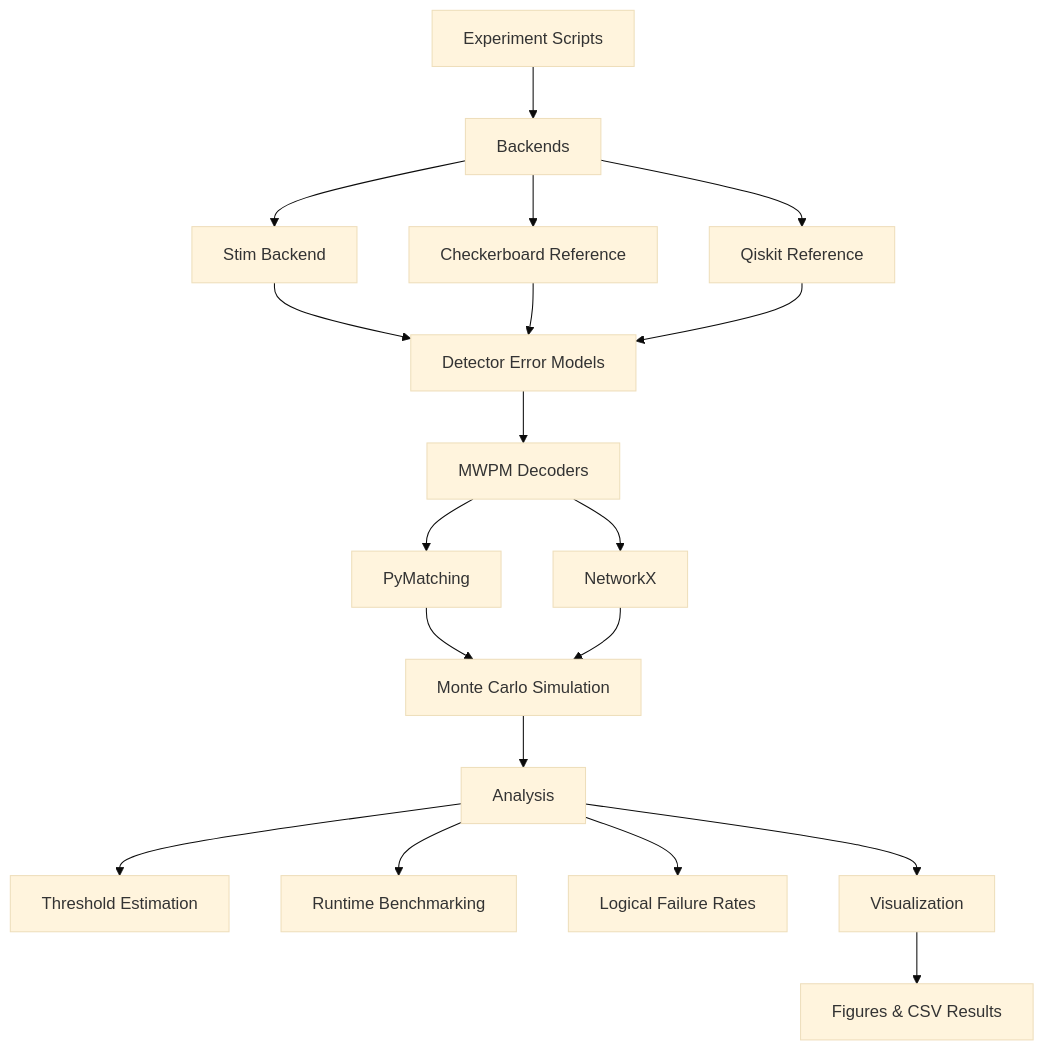
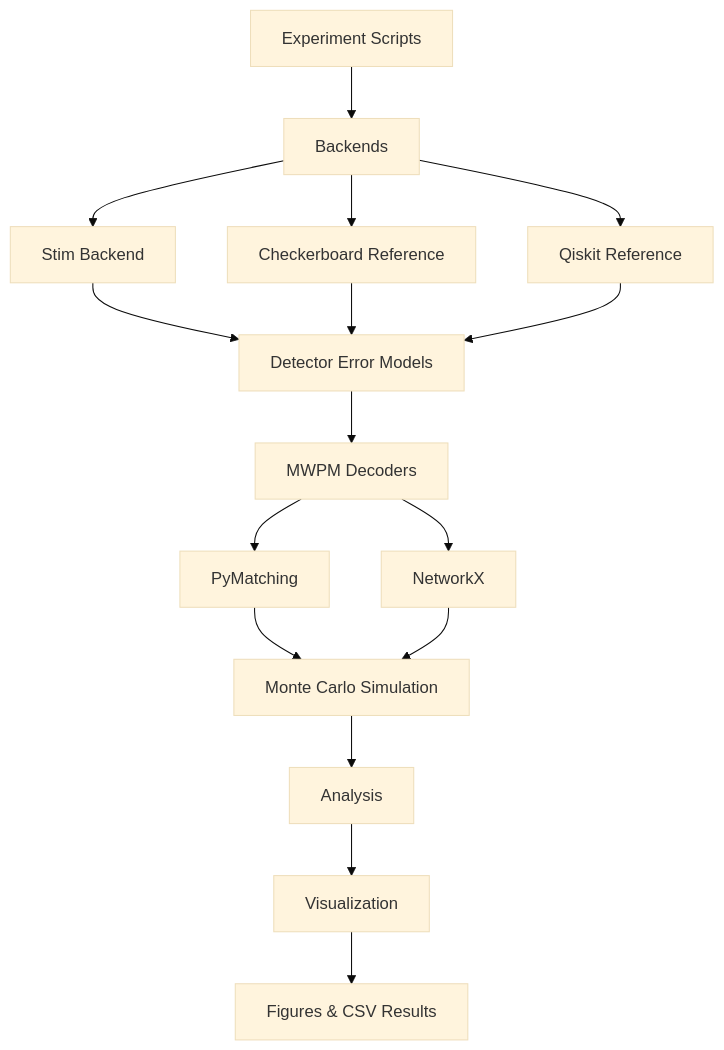
Before and after one commit to AriaWu34/surface-code-benchmark-framework: the diagram in README.md, drawn with Mermaid (base theme). The commit also changed other lines of this file, not shown here.

````diff
--- a/README.md
+++ b/README.md
@@ -19,31 +19,28 @@
 ```mermaid
 flowchart TD
 
     A[Experiment Scripts] --> B[Backends]
 
     B --> C1[Stim Backend]
     B --> C2[Checkerboard Reference]
     B --> C3[Qiskit Reference]
 
     C1 --> D[Detector Error Models]
     C2 --> D
     C3 --> D
 
     D --> E[MWPM Decoders]
 
     E --> F1[PyMatching]
     E --> F2[NetworkX]
 
     F1 --> G[Monte Carlo Simulation]
     F2 --> G
 
     G --> H[Analysis]
 
-    H --> H1[Threshold Estimation]
-    H --> H2[Runtime Benchmarking]
-    H --> H3[Logical Failure Rates]
-
     H --> I[Visualization]
 
     I --> J[Figures & CSV Results]
+
 ```
````
